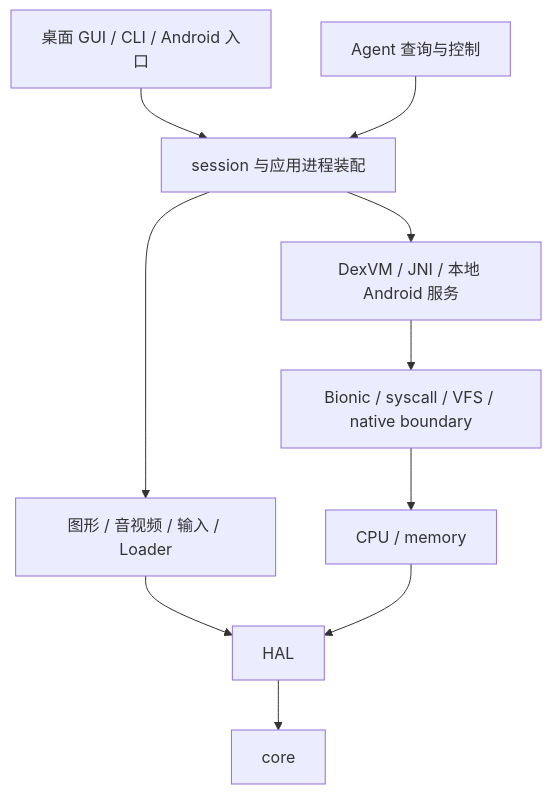
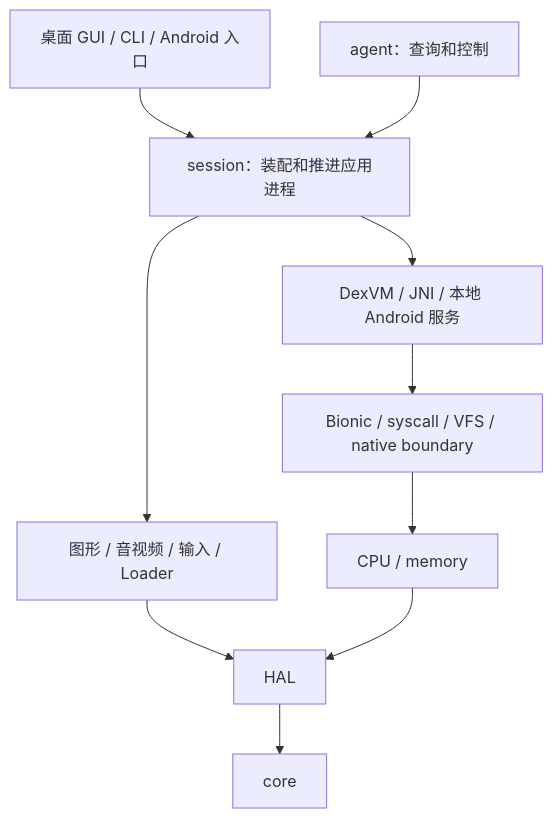
The diagram in docs/design/README.md (poping520/OGPlay), drawn with Mermaid before and after one commit. The commit also changed other lines of this file and 12 other files, not shown here.

````diff
--- a/docs/design/README.md
+++ b/docs/design/README.md
@@ -22,12 +32,12 @@
 ```mermaid
 flowchart TD
-    F[桌面 GUI / CLI / Android 入口] --> S[session 与应用进程装配]
-    A[Agent 查询与控制] --> S
-    S --> R[DexVM / JNI / 本地 Android 服务]
+    F[桌面 GUI / CLI / Android 入口] --> S[session：装配和推进应用进程]
+    A[agent：查询和控制] --> S
+    S --> J[DexVM / JNI / 本地 Android 服务]
     S --> M[图形 / 音视频 / 输入 / Loader]
-    R --> N[Bionic / syscall / VFS / native boundary]
-    N --> C[CPU / memory]
+    J --> R[Bionic / syscall / VFS / native boundary]
+    R --> C[CPU / memory]
     M --> H[HAL]
     C --> H
     H --> K[core]
 ```
````
